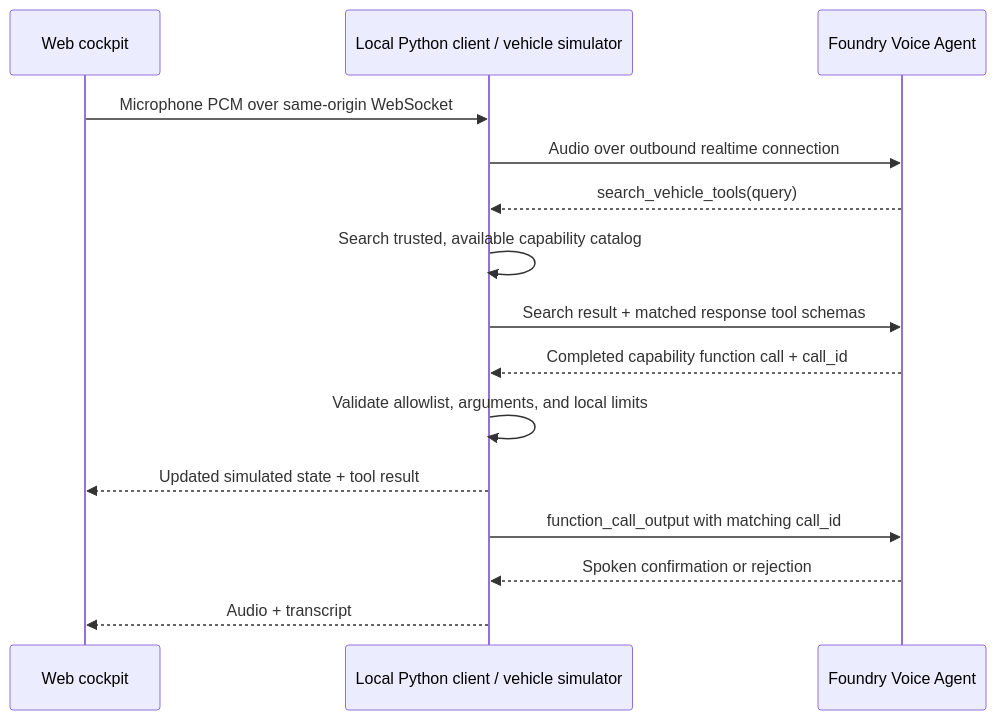
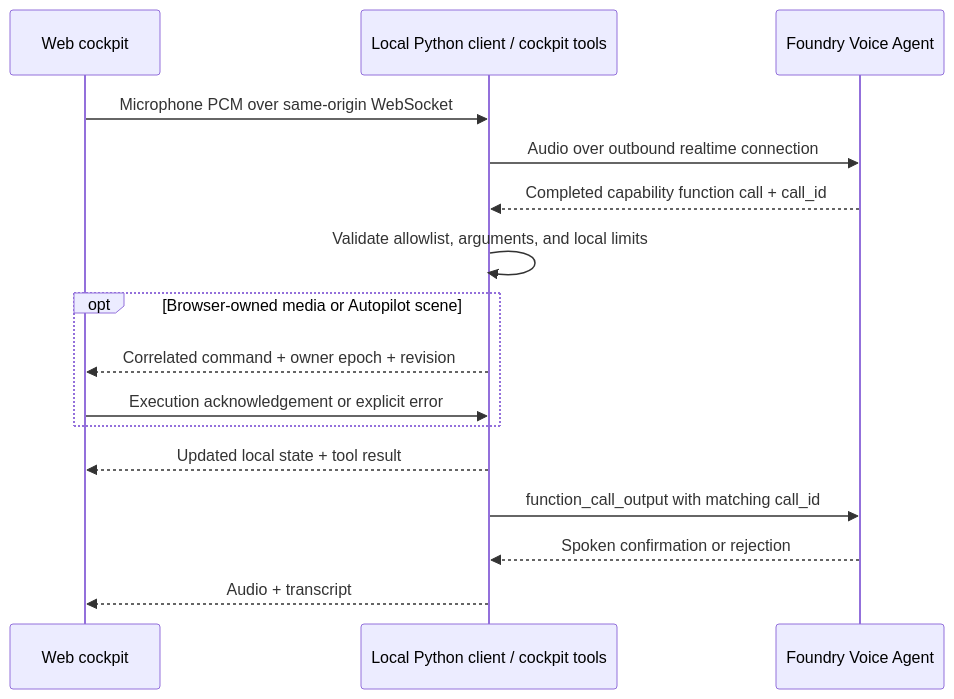
The diagram in samples/vehicle_local_tools/README.md (microsoft/voice-agent), drawn with Mermaid before and after one commit. The commit also changed other lines of this file and 67 other files, not shown here.

First line of the commit message:
feat(vehicle): add multilingual AURA cockpit, EPA driving and local controls

````diff
--- a/samples/vehicle_local_tools/README.md
+++ b/samples/vehicle_local_tools/README.md
@@ -30,17 +398,18 @@
 ```mermaid
 sequenceDiagram
     participant Browser as Web cockpit
-    participant Local as Local Python client / vehicle simulator
+    participant Local as Local Python client / cockpit tools
     participant Cloud as Foundry Voice Agent
     Browser->>Local: Microphone PCM over same-origin WebSocket
     Local->>Cloud: Audio over outbound realtime connection
-    Cloud-->>Local: search_vehicle_tools(query)
-    Local->>Local: Search trusted, available capability catalog
-    Local->>Cloud: Search result + matched response tool schemas
     Cloud-->>Local: Completed capability function call + call_id
     Local->>Local: Validate allowlist, arguments, and local limits
-    Local-->>Browser: Updated simulated state + tool result
+    opt Browser-owned media or Autopilot scene
+        Local-->>Browser: Correlated command + owner epoch + revision
+        Browser->>Local: Execution acknowledgement or explicit error
+    end
+    Local-->>Browser: Updated local state + tool result
     Local->>Cloud: function_call_output with matching call_id
     Cloud-->>Local: Spoken confirmation or rejection
     Local-->>Browser: Audio + transcript
 ```
````
